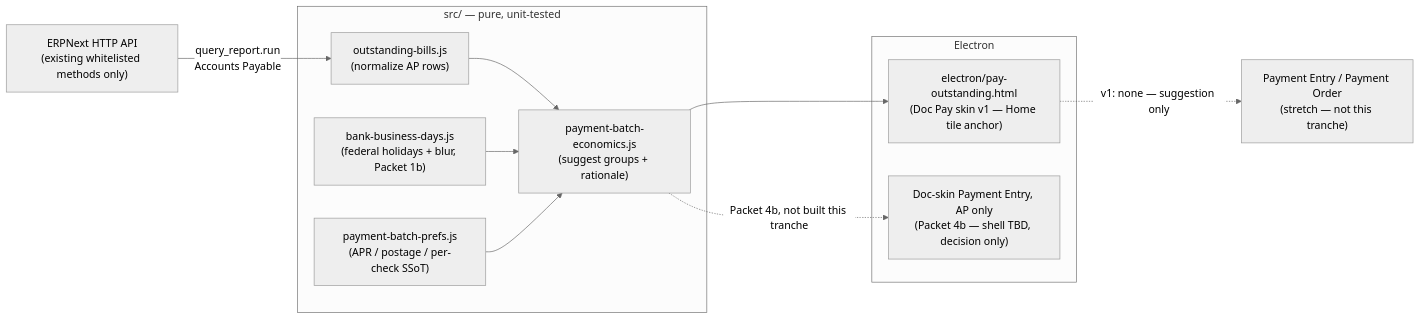
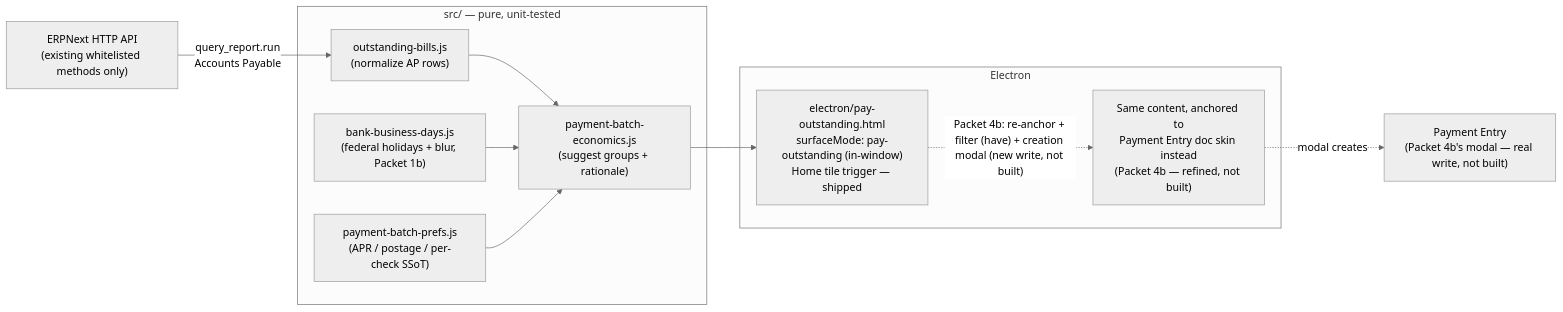
One commit to 5zorro/erpnext-ui-app changed the diagram in docs/implementation-plan-2026-09-03.md. Above: the diagram before and after it, drawn with Mermaid (neutral theme). The commit also changed other lines of this file and 4 other files, not shown here.

````diff
--- a/docs/implementation-plan-2026-09-03.md
+++ b/docs/implementation-plan-2026-09-03.md
@@ -76,21 +76,21 @@
 ```mermaid
 flowchart LR
   subgraph pure ["src/ — pure, unit-tested"]
     Fetch["outstanding-bills.js\n(normalize AP rows)"]
     Cal["bank-business-days.js\n(federal holidays + blur, Packet 1b)"]
     Econ["payment-batch-economics.js\n(suggest groups + rationale)"]
     Prefs["payment-batch-prefs.js\n(APR / postage / per-check SSoT)"]
   end
   subgraph shell ["Electron"]
-    Page["electron/pay-outstanding.html\n(Doc Pay skin v1 — Home tile anchor)"]
-    PEForm["Doc-skin Payment Entry, AP only\n(Packet 4b — shell TBD, decision only)"]
+    Page["electron/pay-outstanding.html\nsurfaceMode: pay-outstanding (in-window)\nHome tile trigger — shipped"]
+    PEForm["Same content, anchored to\nPayment Entry doc skin instead\n(Packet 4b — refined, not built)"]
   end
   ERP["ERPNext HTTP API\n(existing whitelisted methods only)"]
   ERP -->|"query_report.run\nAccounts Payable"| Fetch
   Fetch --> Econ
   Cal --> Econ
   Prefs --> Econ
   Econ --> Page
-  Econ -.->|"Packet 4b, not built this tranche"| PEForm
-  Page -.->|"v1: none — suggestion only"| Write["Payment Entry / Payment Order\n(stretch — not this tranche)"]
+  Page -.->|"Packet 4b: re-anchor + filter (have) + creation modal (new write, not built)"| PEForm
+  PEForm -.->|"modal creates"| Write["Payment Entry\n(Packet 4b's modal — real write, not built)"]
 ```
````
